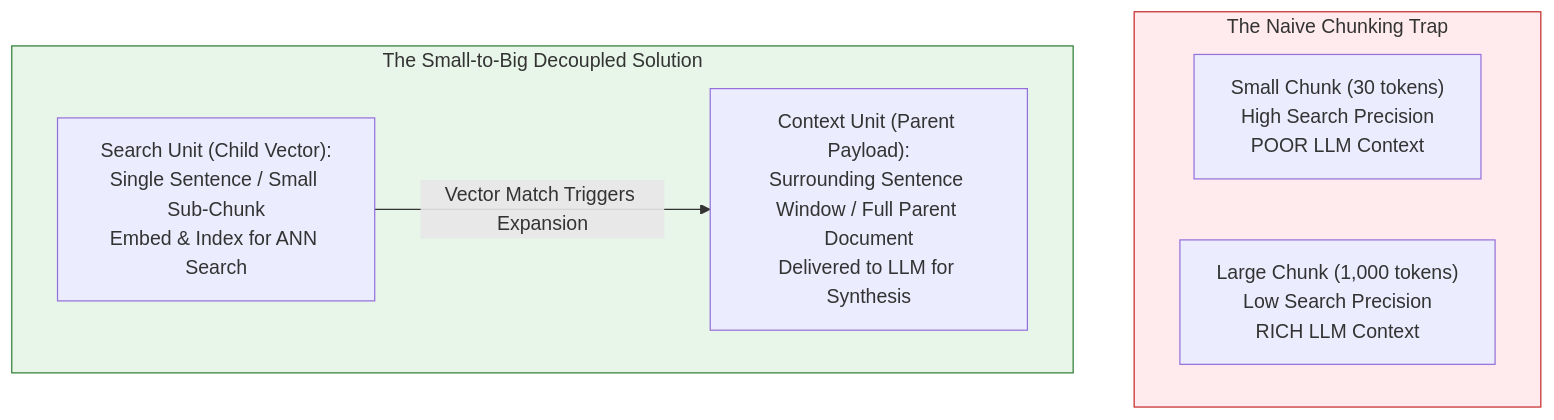
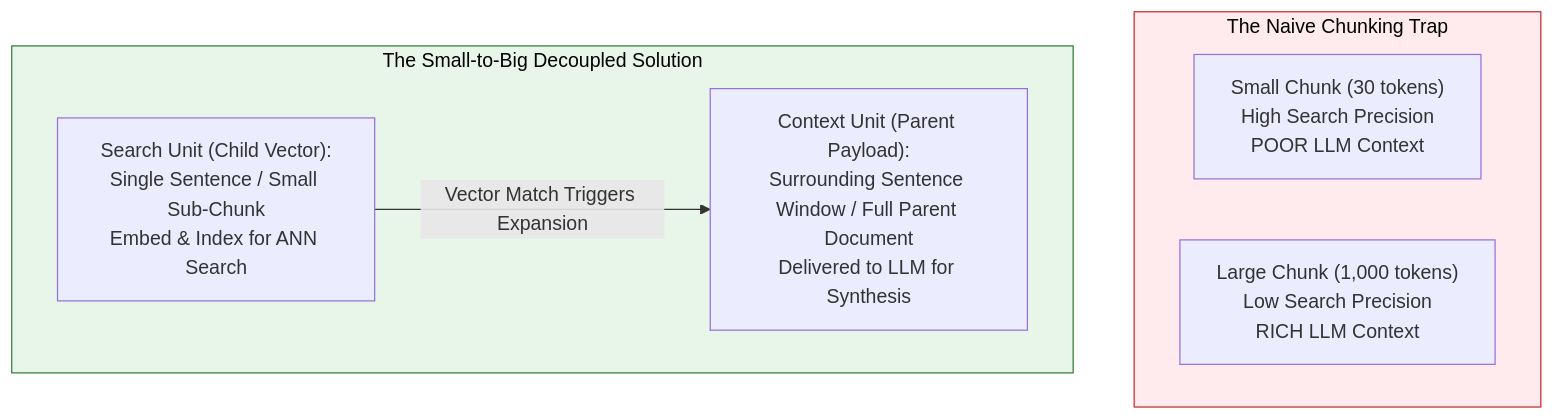
The first of 4 diagrams in 06-Advanced-RAG/Small-to-Big-Retrieval.md (swapnil3104/RAG-Engineering), drawn with Mermaid before and after one commit. The commit also changed other lines of this file and 108 other files, not shown here.

Commit message:
fix: make chart text visible across all Mermaid diagrams and resolve markdown table formatting issues

````diff
--- a/06-Advanced-RAG/Small-to-Big-Retrieval.md
+++ b/06-Advanced-RAG/Small-to-Big-Retrieval.md
@@ -29,17 +29,17 @@
 ```mermaid
 flowchart TD
     subgraph TraditionalTrap ["The Naive Chunking Trap"]
         SmallChunk["Small Chunk (30 tokens)<br/>High Search Precision<br/>POOR LLM Context"]
         LargeChunk["Large Chunk (1,000 tokens)<br/>Low Search Precision<br/>RICH LLM Context"]
     end
 
     subgraph SmallToBigParadigm ["The Small-to-Big Decoupled Solution"]
         IndexUnit["Search Unit (Child Vector):<br/>Single Sentence / Small Sub-Chunk<br/>Embed & Index for ANN Search"]
         ContextUnit["Context Unit (Parent Payload):<br/>Surrounding Sentence Window / Full Parent Document<br/>Delivered to LLM for Synthesis"]
         
         IndexUnit -->|Vector Match Triggers Expansion| ContextUnit
     end
 
-    style TraditionalTrap fill:#ffebee,stroke:#c62828,stroke-width:1px
-    style SmallToBigParadigm fill:#e8f5e9,stroke:#2e7d32,stroke-width:1px
+    style TraditionalTrap fill:#ffebee,stroke:#c62828,stroke-width:1px,color:#000000
+    style SmallToBigParadigm fill:#e8f5e9,stroke:#2e7d32,stroke-width:1px,color:#000000
 ```
````
